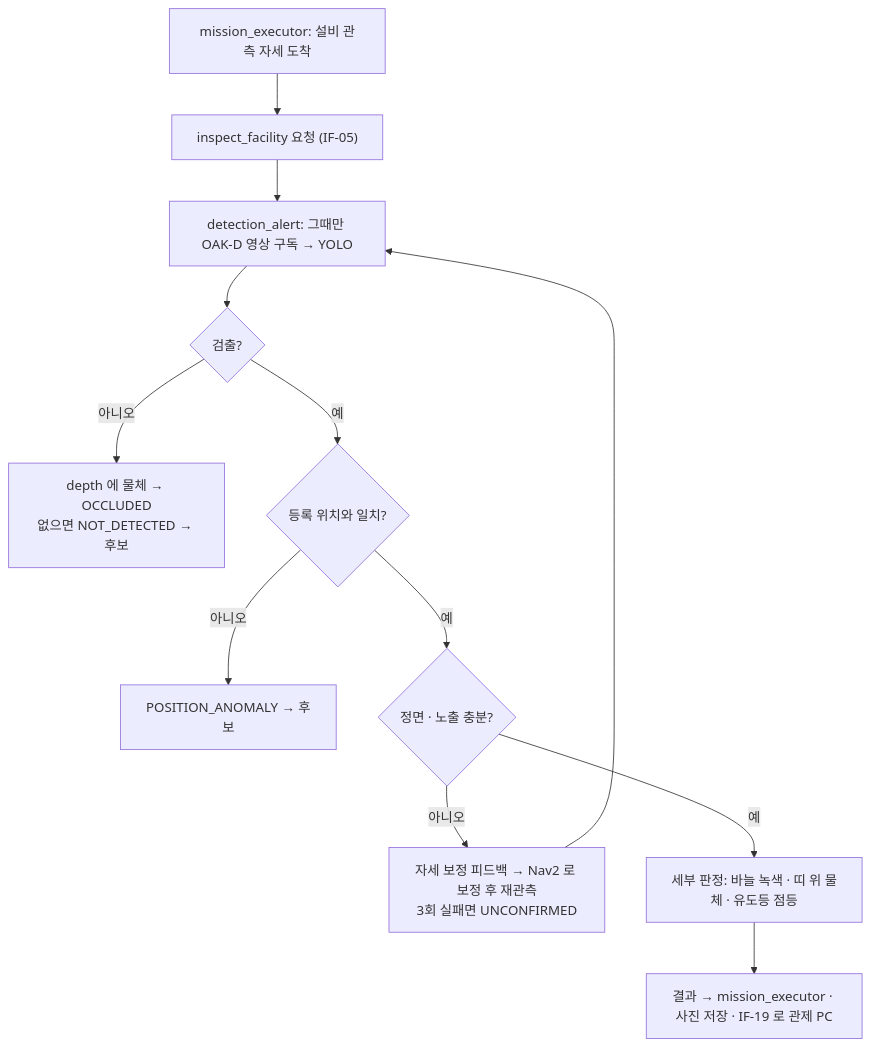
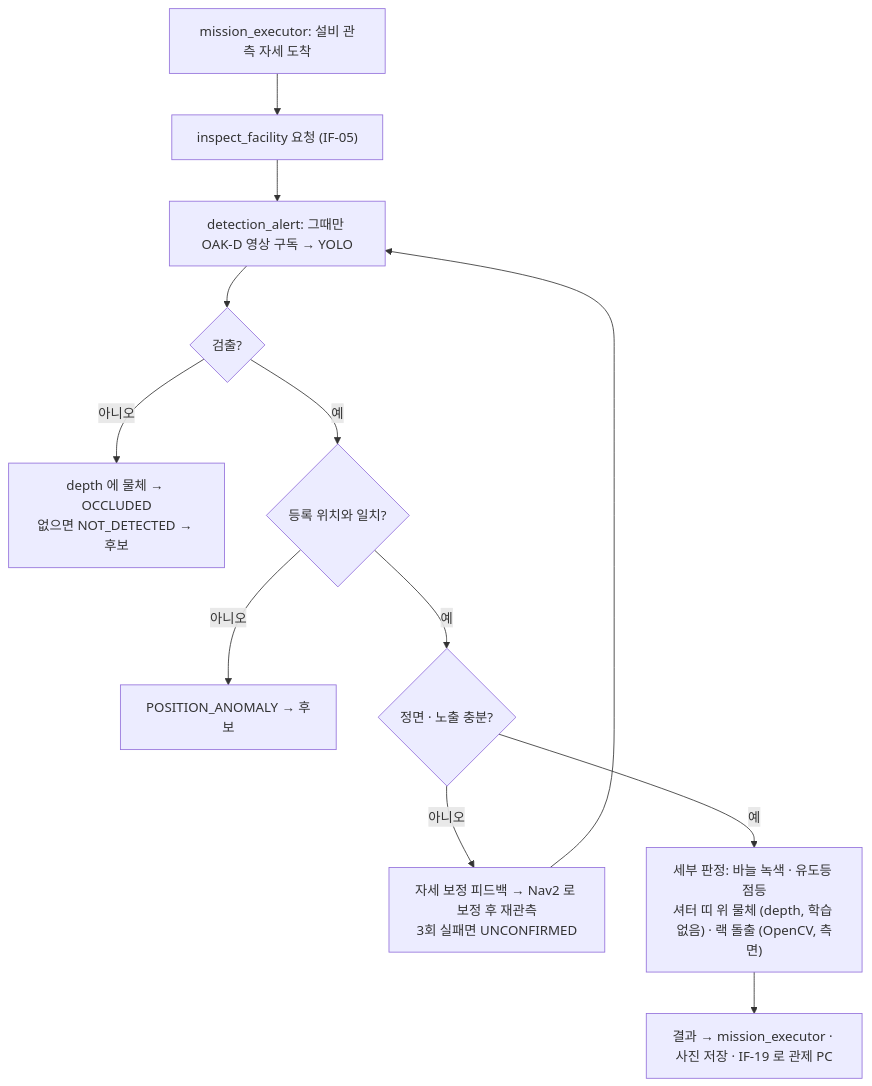
One commit to HJAE99/B_0102_Final_Project-archive changed the fourth of 4 diagrams in docs/deliverables/process_flow.md. Above: the diagram before and after it, drawn with Mermaid. The commit also changed other lines of this file and 9 other files, not shown here.

````diff
--- a/docs/deliverables/process_flow.md
+++ b/docs/deliverables/process_flow.md
@@ -73,14 +78,14 @@
 ```mermaid
 flowchart TD
   A["mission_executor: 설비 관측 자세 도착"] --> B["inspect_facility 요청 (IF-05)"]
   B --> C["detection_alert: 그때만 OAK-D 영상 구독 → YOLO"]
   C --> D{"검출?"}
   D -- 아니오 --> D1["depth 에 물체 → OCCLUDED<br>없으면 NOT_DETECTED → 후보"]
   D -- 예 --> E{"등록 위치와 일치?"}
   E -- 아니오 --> E1["POSITION_ANOMALY → 후보"]
   E -- 예 --> F{"정면 · 노출 충분?"}
   F -- 아니오 --> F1["자세 보정 피드백 → Nav2 로 보정 후 재관측<br>3회 실패면 UNCONFIRMED"]
   F1 --> C
-  F -- 예 --> G["세부 판정: 바늘 녹색 · 띠 위 물체 · 유도등 점등"]
+  F -- 예 --> G["세부 판정: 바늘 녹색 · 유도등 점등<br>셔터 띠 위 물체 (depth, 학습 없음) · 랙 돌출 (OpenCV, 측면)"]
   G --> H["결과 → mission_executor · 사진 저장 · IF-19 로 관제 PC"]
 ```
````
